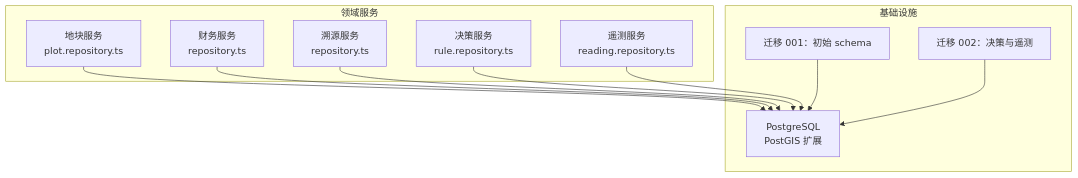
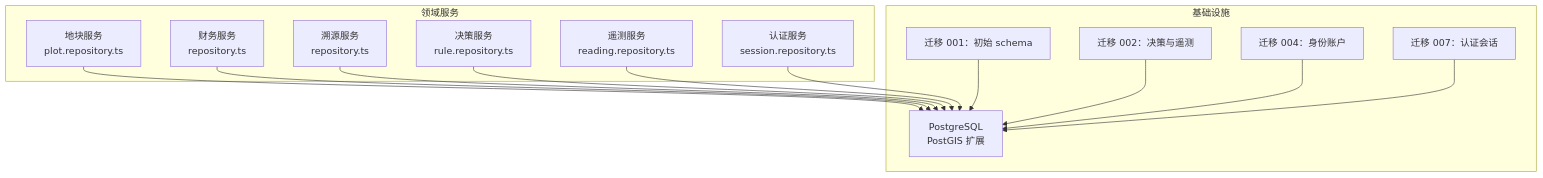
One commit to q446328246/agri-platform changed the first of 8 diagrams in .qoder/repowiki/zh/content/数据库设计/数据库设计.md. Above: the diagram before and after it, drawn with Mermaid. The commit also changed other lines of this file and 110 other files, not shown here.

````diff
--- a/.qoder/repowiki/zh/content/数据库设计/数据库设计.md
+++ b/.qoder/repowiki/zh/content/数据库设计/数据库设计.md
@@ -33,22 +44,28 @@
 ```mermaid
 graph TB
 subgraph "基础设施"
 PG["PostgreSQL<br/>PostGIS 扩展"]
 MIG1["迁移 001：初始 schema"]
 MIG2["迁移 002：决策与遥测"]
+MIG4["迁移 004：身份账户"]
+MIG7["迁移 007：认证会话"]
 end
 subgraph "领域服务"
 PLOT["地块服务<br/>plot.repository.ts"]
 FIN["财务服务<br/>repository.ts"]
 TRACE["溯源服务<br/>repository.ts"]
 DEC["决策服务<br/>rule.repository.ts"]
 TEL["遥测服务<br/>reading.repository.ts"]
+AUTH["认证服务<br/>session.repository.ts"]
 end
 PLOT --> PG
 FIN --> PG
 TRACE --> PG
 DEC --> PG
 TEL --> PG
+AUTH --> PG
 MIG1 --> PG
 MIG2 --> PG
+MIG4 --> PG
+MIG7 --> PG
 ```
````
